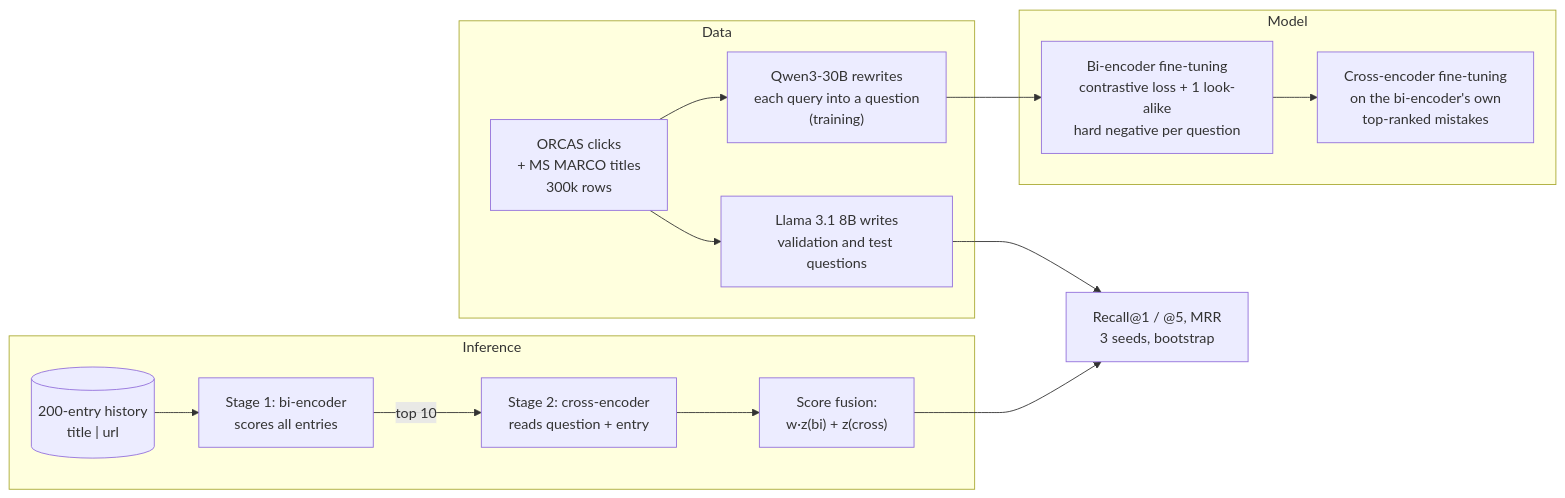
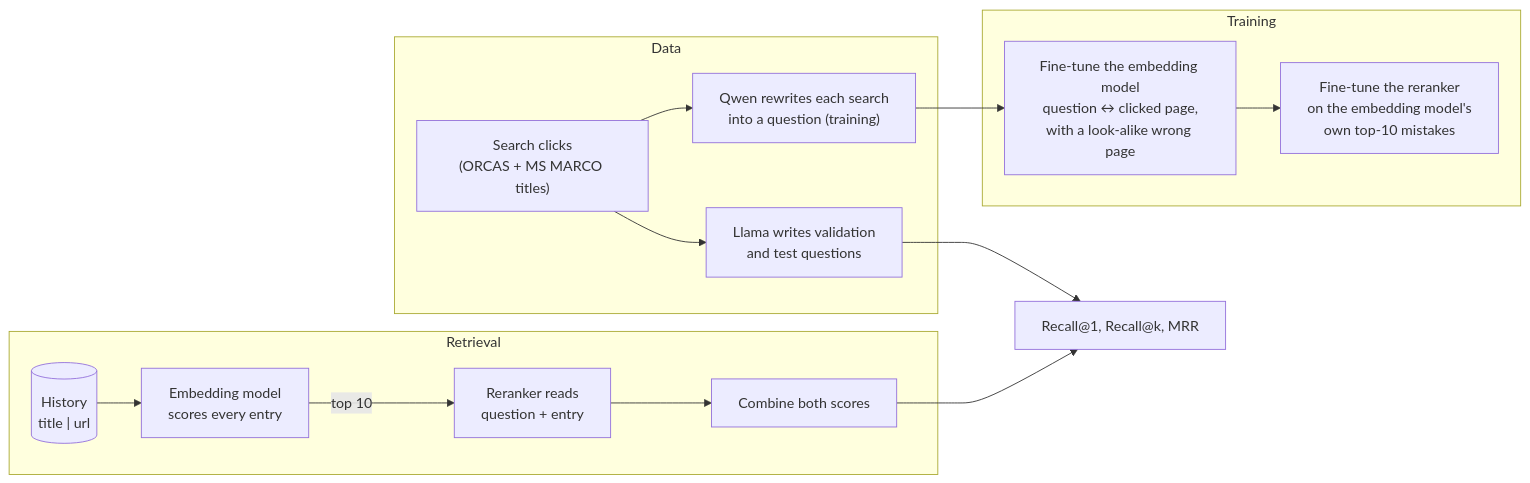
The diagram in report.md (Adi-Ram123/Breadcrumbs-History-Retriever), drawn with Mermaid before and after one commit. The commit also changed other lines of this file and 16 other files, not shown here.

Commit message:
Restructure report.md and README as one story (BM25, embedding model, fine-tuning, reranker) with H1-H3 and evidence

````diff
--- a/report.md
+++ b/report.md
@@ -83,18 +85,18 @@
 ```mermaid
 flowchart LR
     subgraph Data
-      O["ORCAS clicks<br/>+ MS MARCO titles<br/>300k rows"] --> Q["Qwen3-30B rewrites<br/>each query into a question<br/>(training)"]
-      O --> L["Llama 3.1 8B writes<br/>validation and test questions"]
+      O["Search clicks<br/>(ORCAS + MS MARCO titles)"] --> Q["Qwen rewrites each search<br/>into a question (training)"]
+      O --> L["Llama writes validation<br/>and test questions"]
     end
-    subgraph Model
-      Q --> B["Bi-encoder fine-tuning<br/>contrastive loss + 1 look-alike<br/>hard negative per question"]
-      B --> R["Cross-encoder fine-tuning<br/>on the bi-encoder's own<br/>top-ranked mistakes"]
+    subgraph Training
+      Q --> B["Fine-tune the embedding model<br/>question ↔ clicked page,<br/>with a look-alike wrong page"]
+      B --> R["Fine-tune the reranker<br/>on the embedding model's<br/>own top-10 mistakes"]
     end
-    subgraph Inference
-      H[("200-entry history<br/>title | url")] --> S1["Stage 1: bi-encoder<br/>scores all entries"]
-      S1 -->|top 10| S2["Stage 2: cross-encoder<br/>reads question + entry"]
-      S2 --> F["Score fusion:<br/>w·z(bi) + z(cross)"]
+    subgraph Retrieval
+      H[("History<br/>title | url")] --> S1["Embedding model<br/>scores every entry"]
+      S1 -->|top 10| S2["Reranker reads<br/>question + entry"]
+      S2 --> F["Combine both scores"]
     end
-    L --> Eval["Recall@1 / @5, MRR<br/>3 seeds, bootstrap"]
-    F --> Eval
+    L --> E["Recall@1, Recall@k, MRR"]
+    F --> E
 ```
````
